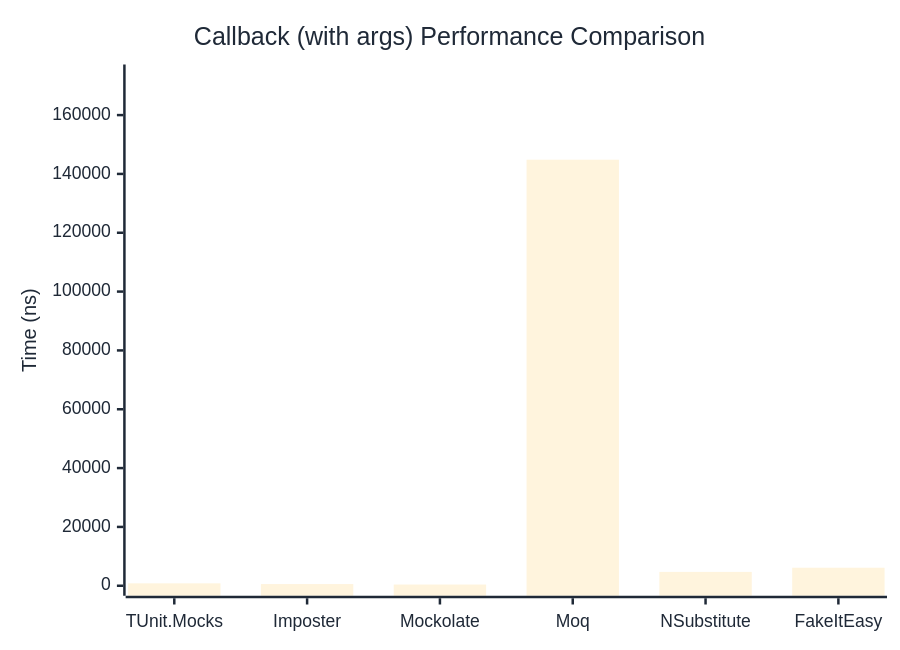
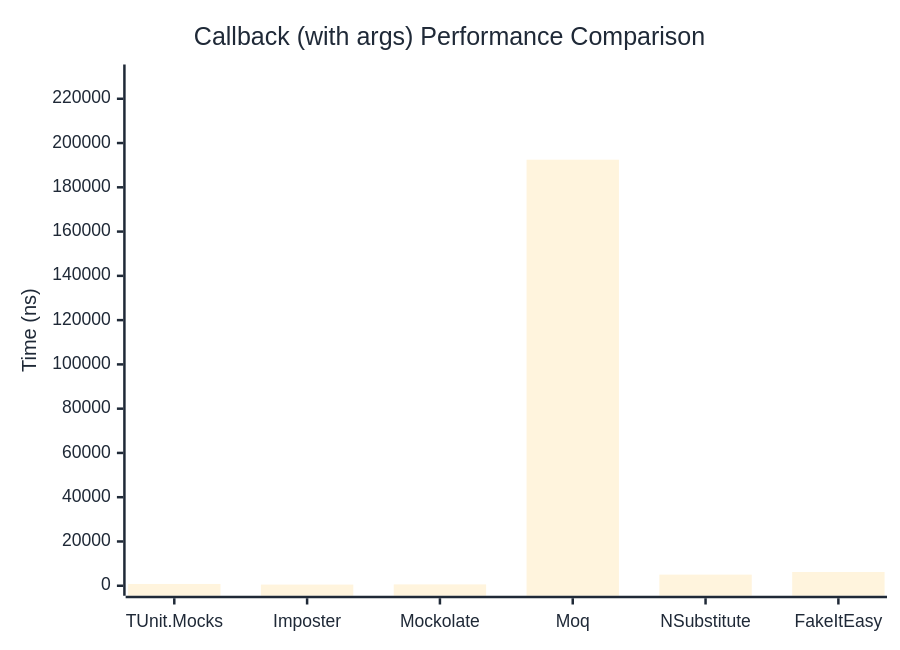
One commit to thomhurst/TUnit changed the second of 2 diagrams in docs/docs/benchmarks/mocks/Callback.md. Above: the diagram before and after it, drawn with Mermaid. The commit also changed other lines of this file and 14 other files, not shown here.

````diff
--- a/docs/docs/benchmarks/mocks/Callback.md
+++ b/docs/docs/benchmarks/mocks/Callback.md
@@ -69,27 +69,27 @@
 ```mermaid
 %%{init: {
   'theme':'base',
   'themeVariables': {
     'primaryColor': '#2563eb',
     'primaryTextColor': '#1f2937',
     'primaryBorderColor': '#1e40af',
     'lineColor': '#6b7280',
     'secondaryColor': '#7c3aed',
     'tertiaryColor': '#dc2626',
     'background': '#ffffff',
     'pie1': '#2563eb',
     'pie2': '#7c3aed',
     'pie3': '#dc2626',
     'pie4': '#f59e0b',
     'pie5': '#10b981',
     'pie6': '#06b6d4',
     'pie7': '#ec4899',
     'pie8': '#6366f1'
   }
 }}%%
 xychart-beta
   title "Callback (with args) Performance Comparison"
   x-axis ["TUnit.Mocks", "Imposter", "Mockolate", "Moq", "NSubstitute", "FakeItEasy"]
-  y-axis "Time (ns)" 0 --> 173798
-  bar [818.5, 571.3, 417.4, 144831, 4707.6, 6124.1]
+  y-axis "Time (ns)" 0 --> 230965
+  bar [804.9, 525.6, 608, 192470.8, 5023.9, 6219.9]
 ```
````
